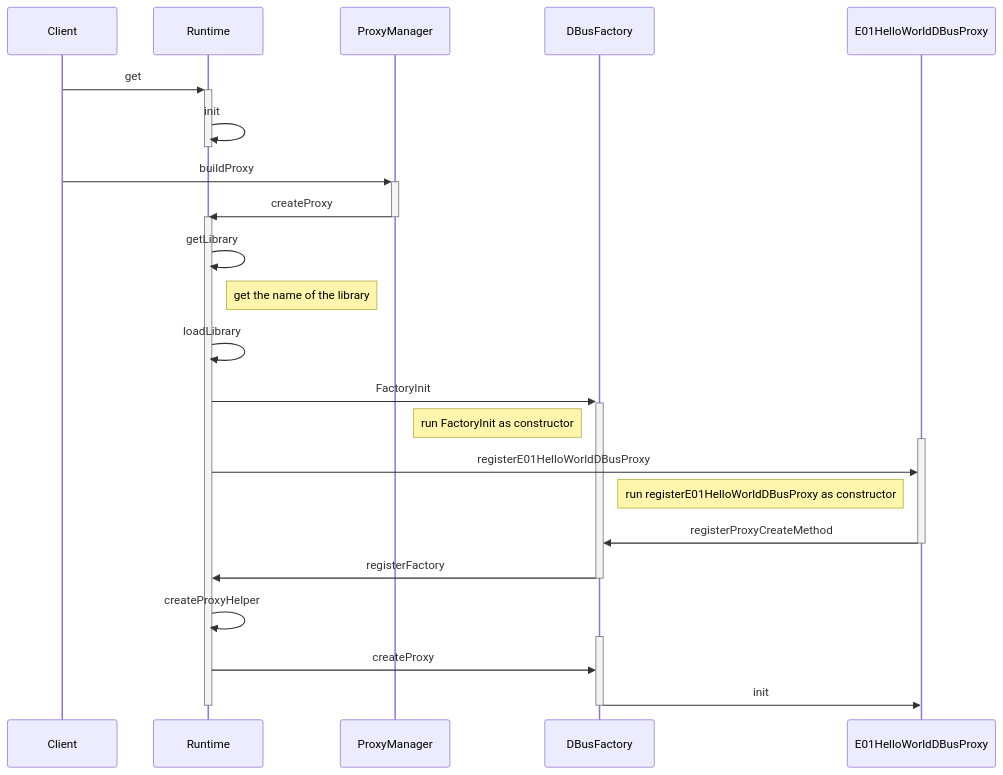
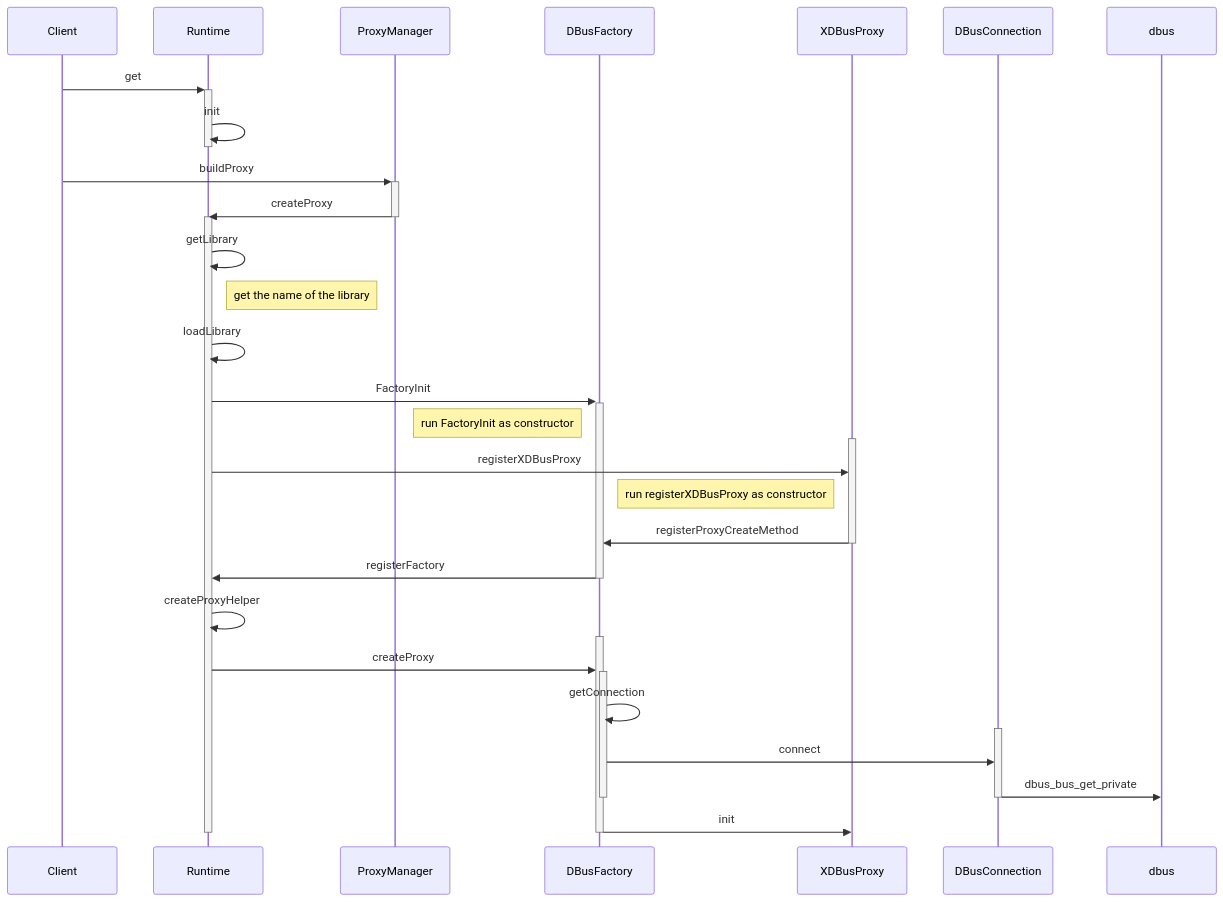
The second of 5 diagrams in _posts/2018-10-23-capicxx-example-helloworld.md (zeerd/zeerd.github.io), drawn with Mermaid before and after one commit. The commit also changed other lines of this file, not shown here.

````diff
--- a/_posts/2018-10-23-capicxx-example-helloworld.md
+++ b/_posts/2018-10-23-capicxx-example-helloworld.md
@@ -39,26 +46,33 @@
 ```mermaid
-sequenceDiagram
-
+    sequenceDiagram
+    
     Client ->> +Runtime : get
     Runtime ->> -Runtime : init
     Client ->> +ProxyManager : buildProxy
     ProxyManager ->> -Runtime : createProxy
     activate Runtime
     Runtime ->> Runtime : getLibrary
     Note right of Runtime: get the name of the library
     Runtime ->> Runtime : loadLibrary
     Runtime ->> +DBusFactory : FactoryInit
     Note left of DBusFactory : run FactoryInit as constructor
-    activate E01HelloWorldDBusProxy
-    Runtime ->> E01HelloWorldDBusProxy : registerE01HelloWorldDBusProxy
-    Note left of E01HelloWorldDBusProxy : run registerE01HelloWorldDBusProxy as constructor
-    E01HelloWorldDBusProxy ->> DBusFactory : registerProxyCreateMethod
-    deactivate E01HelloWorldDBusProxy
+    activate XDBusProxy
+    Runtime ->> XDBusProxy : registerXDBusProxy
+    Note left of XDBusProxy : run registerXDBusProxy as constructor
+    XDBusProxy ->> DBusFactory : registerProxyCreateMethod
+    deactivate XDBusProxy
     DBusFactory ->> -Runtime : registerFactory
     Runtime ->> Runtime : createProxyHelper
     activate DBusFactory
     Runtime ->> DBusFactory: createProxy
-    DBusFactory ->> E01HelloWorldDBusProxy : init
+    activate DBusFactory
+    DBusFactory ->> DBusFactory : getConnection
+    activate DBusConnection
+    DBusFactory ->> DBusConnection : connect
+    DBusConnection ->> dbus : dbus_bus_get_private
+    deactivate DBusConnection
+    deactivate DBusFactory
+    DBusFactory ->> XDBusProxy : init
     deactivate DBusFactory
     deactivate Runtime
 ```
````
